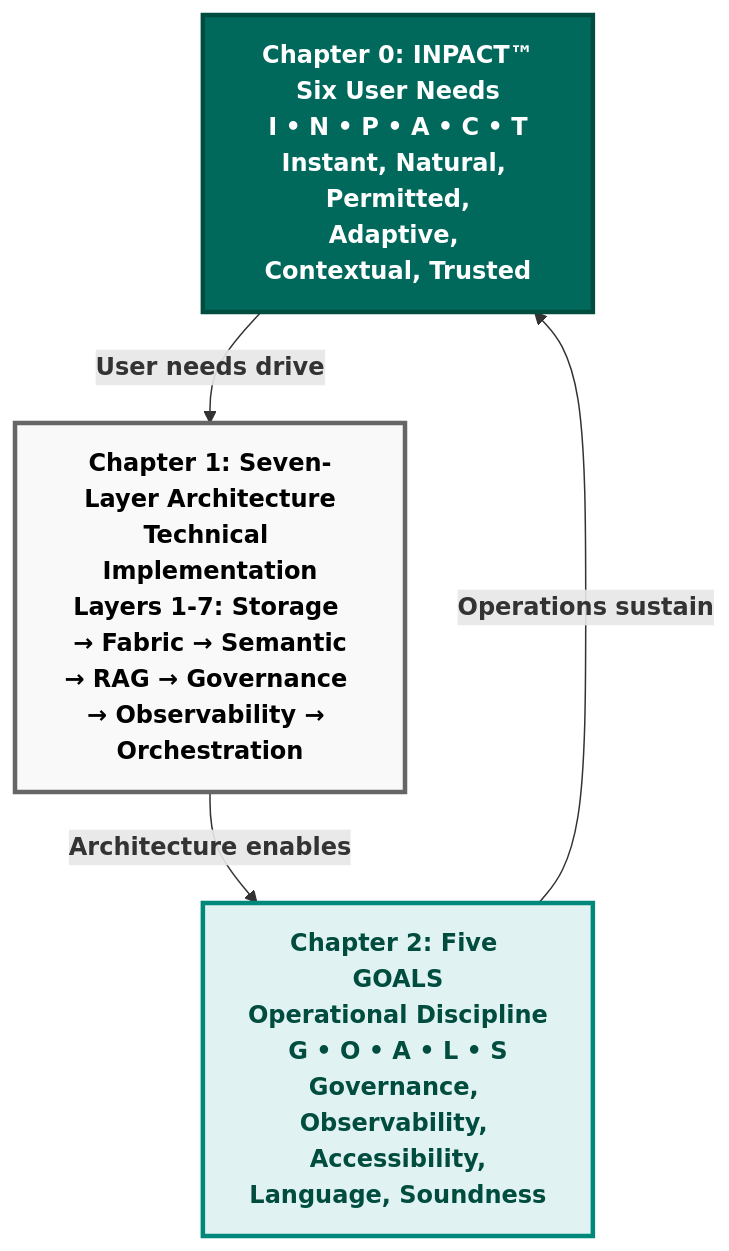
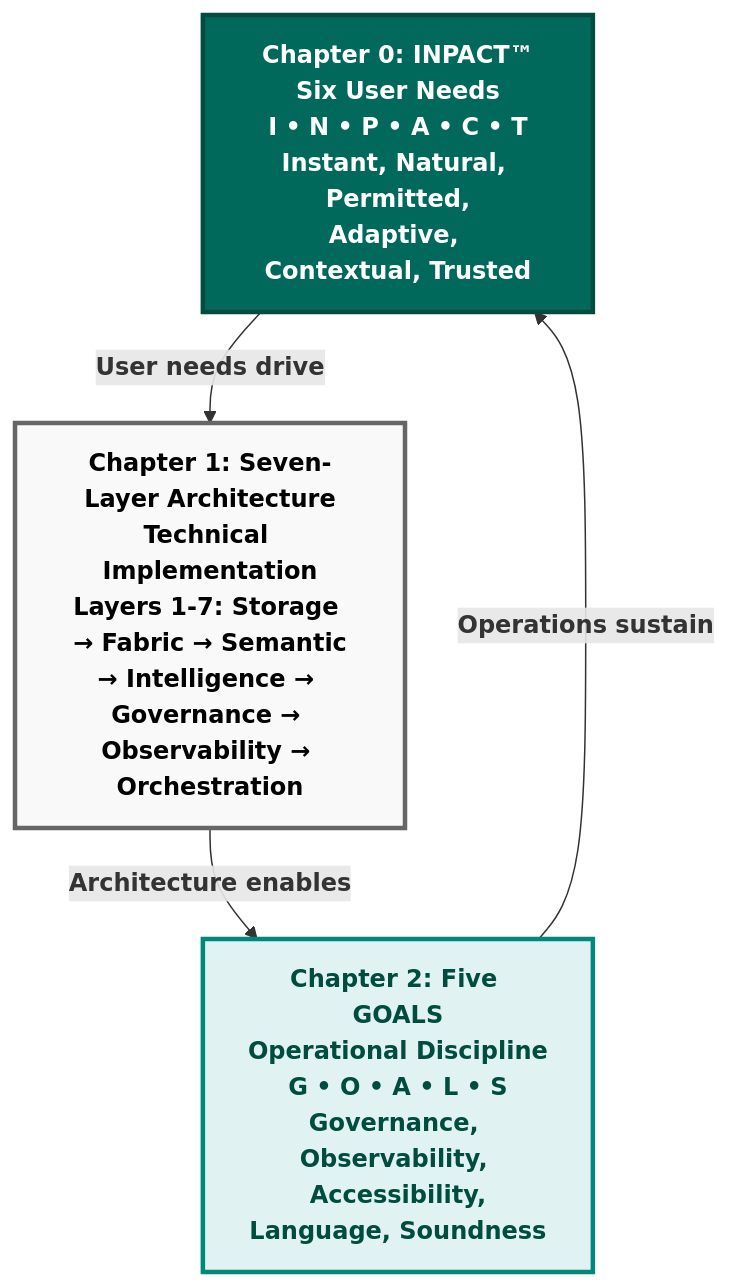
Before and after one commit to colaberry/enterprise-data-readiness-ai-agents: the first of 11 diagrams in chapter-02/chapter_2_complete.md, drawn with Mermaid. The commit also changed other lines of this file and 2 other files, not shown here.

First line of the commit message:
updated RAG to Intelligence

````diff
--- a/chapter-02/chapter_2_complete.md
+++ b/chapter-02/chapter_2_complete.md
@@ -127,16 +128,16 @@
 ```mermaid
 graph TB
     INPACT["<b>Chapter 0: INPACT™</b><br/><b>Six User Needs</b><br/><b>I • N • P • A • C • T</b><br/><b>Instant, Natural, Permitted,</b><br/><b>Adaptive, Contextual, Trusted</b>"]
     
-    ARCH["<b>Chapter 1: Seven-Layer Architecture</b><br/><b>Technical Implementation</b><br/><b>Layers 1-7: Storage → Fabric → Semantic</b><br/><b>→ RAG → Governance → Observability → Orchestration</b>"]
+    ARCH["<b>Chapter 1: Seven-Layer Architecture</b><br/><b>Technical Implementation</b><br/><b>Layers 1-7: Storage → Fabric → Semantic</b><br/><b>→ Intelligence → Governance → Observability → Orchestration</b>"]
     
     GOALS["<b>Chapter 2: Five GOALS</b><br/><b>Operational Discipline</b><br/><b>G • O • A • L • S</b><br/><b>Governance, Observability, Accessibility,</b><br/><b>Language, Soundness</b>"]
     
     INPACT -->|<b>User needs drive</b>| ARCH
     ARCH -->|<b>Architecture enables</b>| GOALS
     GOALS -->|<b>Operations sustain</b>| INPACT
     
     style INPACT fill:#00695c,color:#ffffff,stroke:#004d40,stroke-width:3px
     style ARCH fill:#f9f9f9,stroke:#666666,stroke-width:3px,color:#000000
     style GOALS fill:#e0f2f1,stroke:#00897b,stroke-width:3px,color:#004d40
 ```
````
